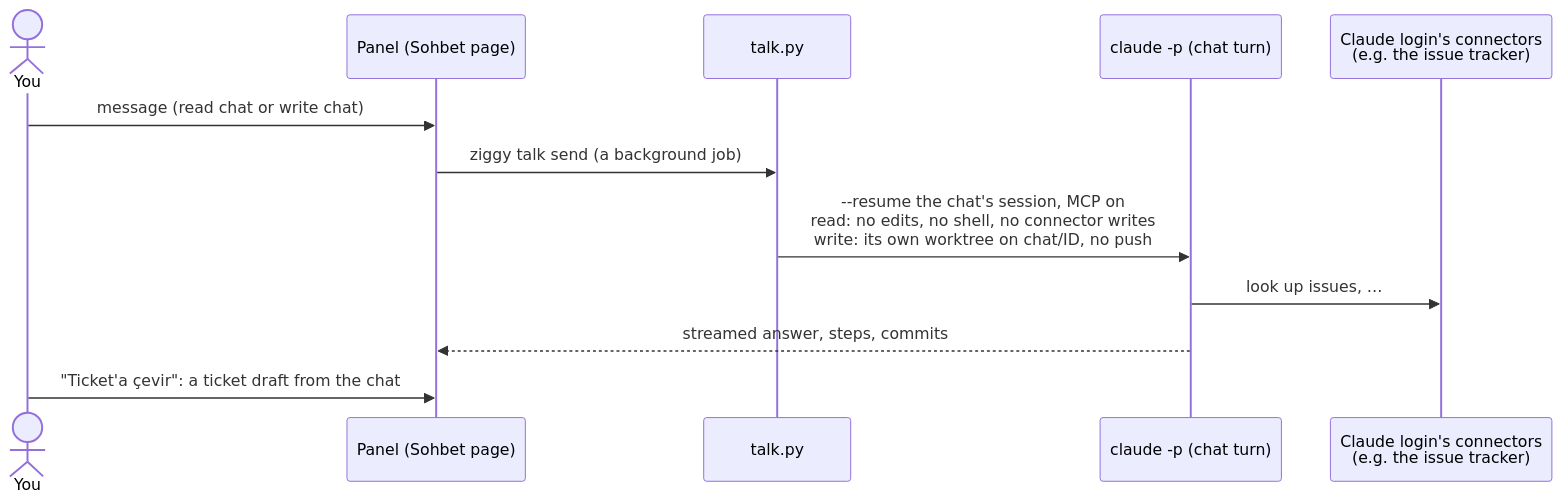
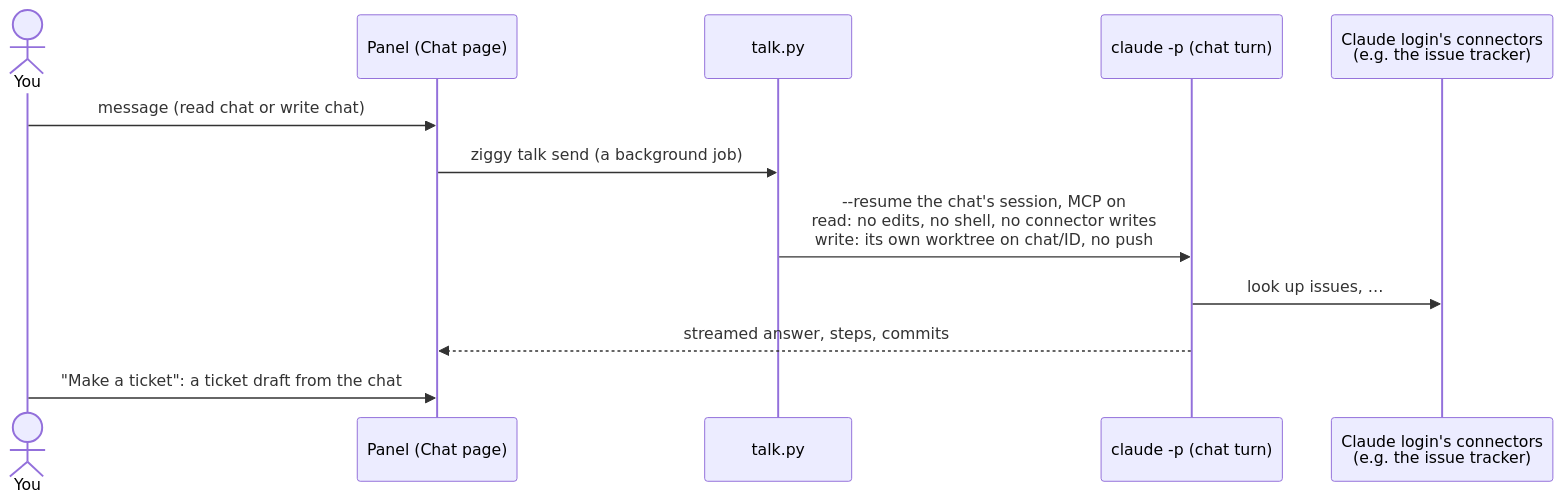
Before and after one commit to ilkeryasin8/ziggy-agent: the sixth of 7 diagrams in docs/architecture.md, drawn with Mermaid. The commit also changed other lines of this file and 17 other files, not shown here.

````diff
--- a/docs/architecture.md
+++ b/docs/architecture.md
@@ -160,15 +160,15 @@
 ```mermaid
 sequenceDiagram
     actor You
-    participant P as Panel (Sohbet page)
+    participant P as Panel (Chat page)
     participant T as talk.py
     participant A as claude -p (chat turn)
     participant K as Claude login's connectors<br/>(e.g. the issue tracker)
 
     You->>P: message (read chat or write chat)
     P->>T: ziggy talk send (a background job)
     T->>A: --resume the chat's session, MCP on<br/>read: no edits, no shell, no connector writes<br/>write: its own worktree on chat/ID, no push
     A->>K: look up issues, …
     A-->>P: streamed answer, steps, commits
-    You->>P: "Ticket'a çevir": a ticket draft from the chat
+    You->>P: "Make a ticket": a ticket draft from the chat
 ```
````
